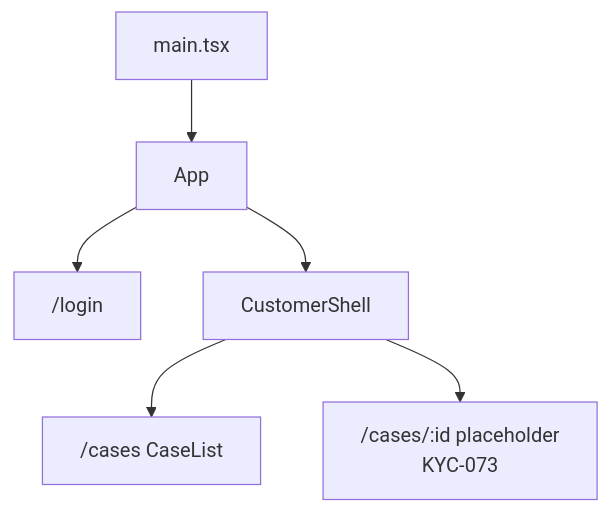
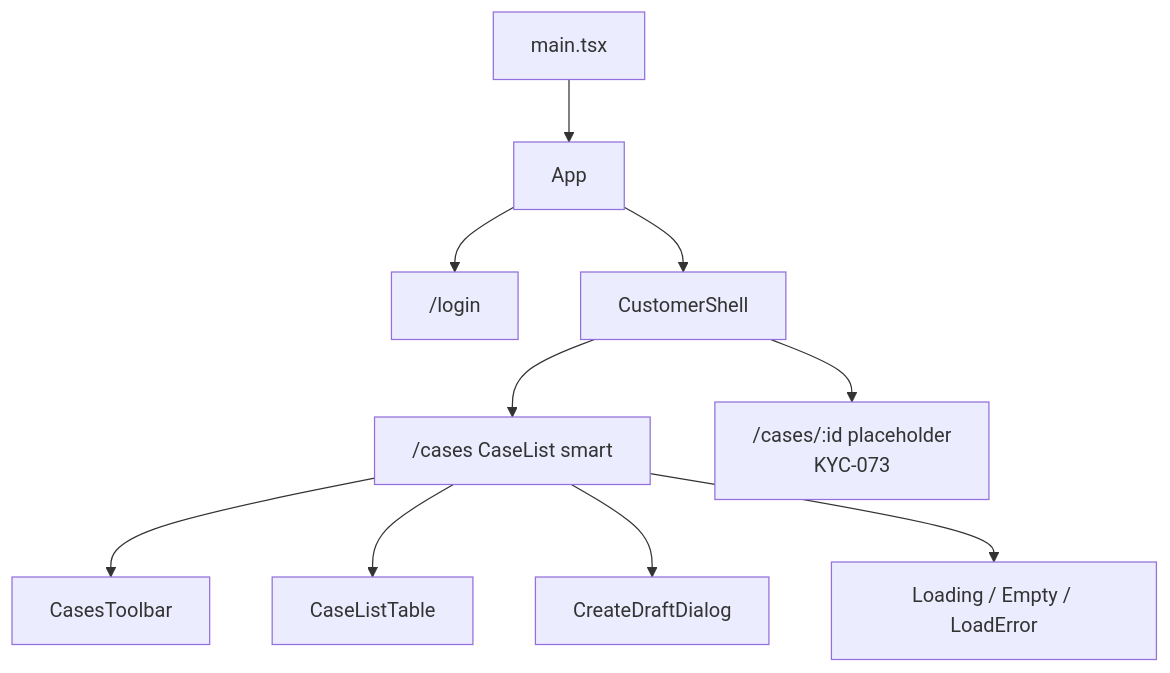
Before and after one commit to SDS37/kyc-multi-frontend: the diagram in apps/react-customer/README.md, drawn with Mermaid. The commit also changed other lines of this file and 16 other files, not shown here.

First line of the commit message:
refactor(react): split my-cases into smart/presentational leaves

````diff
--- a/apps/react-customer/README.md
+++ b/apps/react-customer/README.md
@@ -41,8 +41,12 @@
 ```mermaid
 flowchart TB
   Main["main.tsx"] --> App["App"]
   App --> Login["/login"]
   App --> Shell["CustomerShell"]
-  Shell --> Cases["/cases CaseList"]
+  Shell --> Cases["/cases CaseList smart"]
   Shell --> Draft["/cases/:id placeholder<br/>KYC-073"]
+  Cases --> Toolbar["CasesToolbar"]
+  Cases --> Table["CaseListTable"]
+  Cases --> Dialog["CreateDraftDialog"]
+  Cases --> Status["Loading / Empty / LoadError"]
 ```
````
